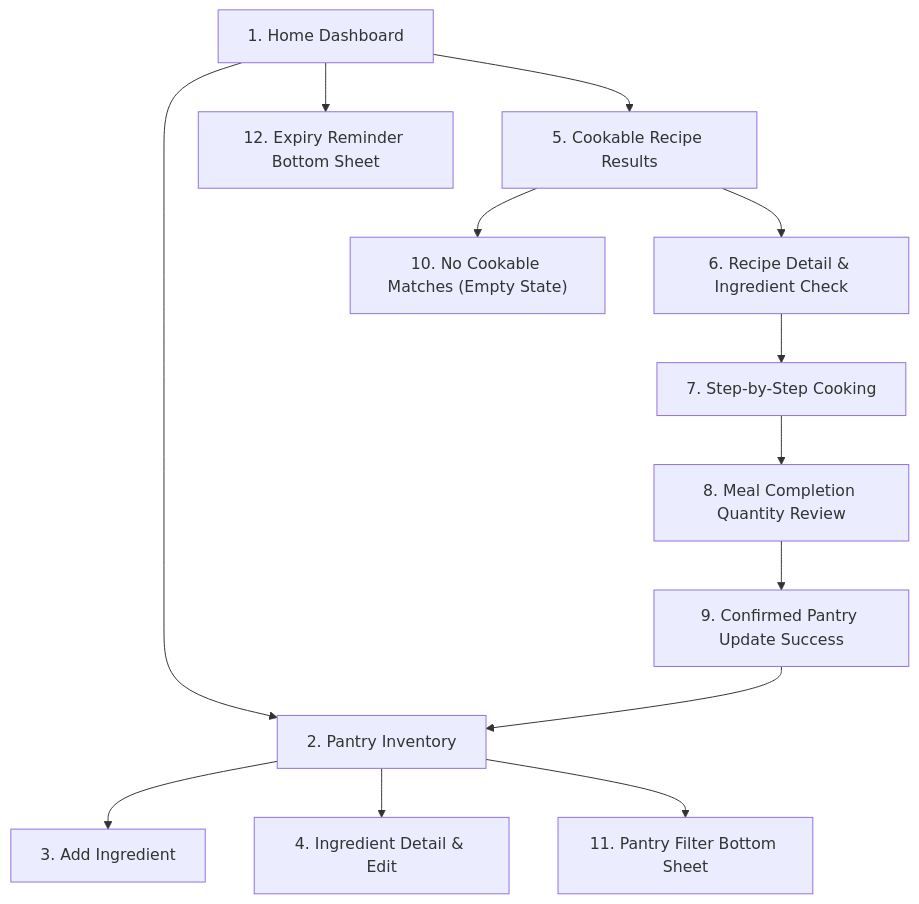
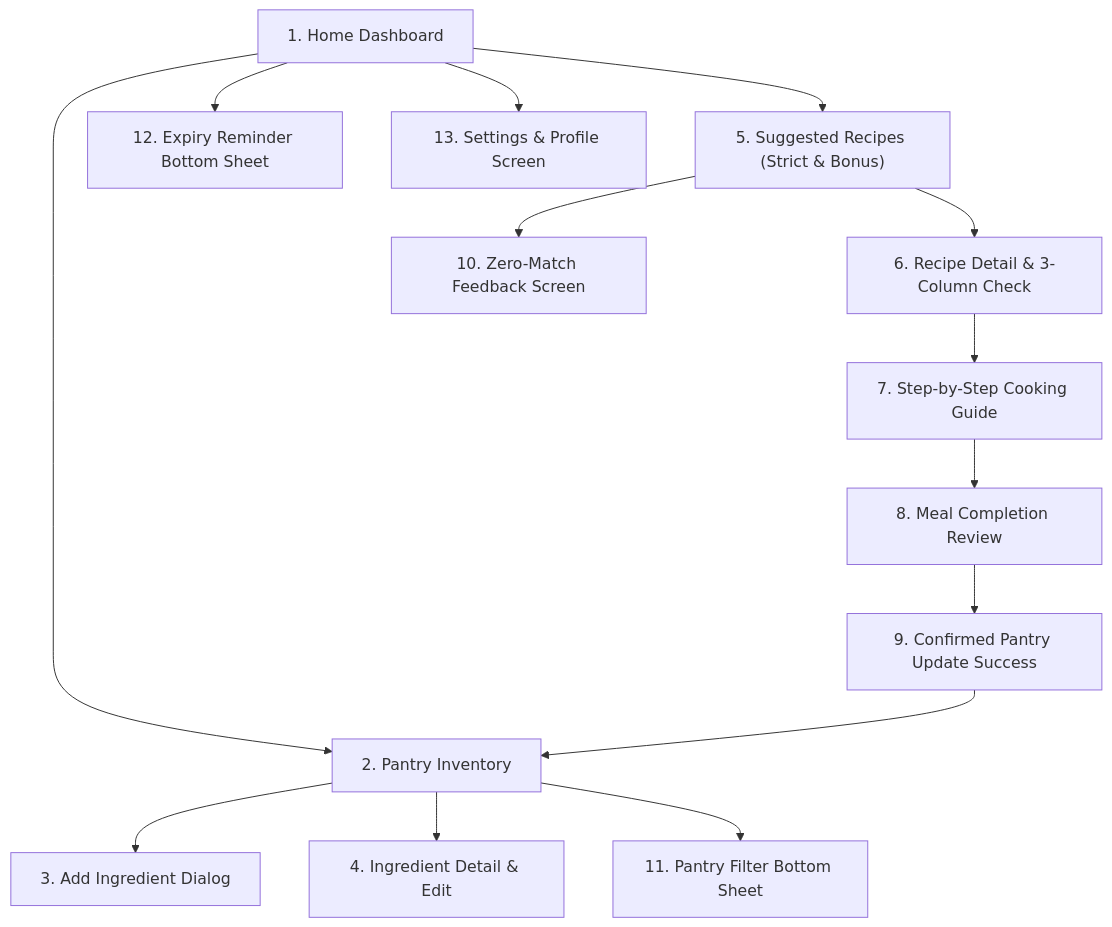
One commit to Who-is-Fyto/Pantry-Buddy changed the first of 3 diagrams in DESIGN.md. Above: the diagram before and after it, drawn with Mermaid. The commit also changed other lines of this file and 2 other files, not shown here.

Commit message:
docs: add technical design document, project README, and 15-phase roadmap

````diff
--- a/DESIGN.md
+++ b/DESIGN.md
@@ -68,18 +89,19 @@
 ```mermaid
 flowchart TD
     A["1. Home Dashboard"] --> B["2. Pantry Inventory"]
-    A --> E["5. Cookable Recipe Results"]
+    A --> E["5. Suggested Recipes (Strict & Bonus)"]
     A --> L["12. Expiry Reminder Bottom Sheet"]
+    A --> M["13. Settings & Profile Screen"]
 
-    B --> C["3. Add Ingredient"]
+    B --> C["3. Add Ingredient Dialog"]
     B --> D["4. Ingredient Detail & Edit"]
     B --> K["11. Pantry Filter Bottom Sheet"]
 
-    E --> F["6. Recipe Detail & Ingredient Check"]
-    E --> J["10. No Cookable Matches (Empty State)"]
+    E --> F["6. Recipe Detail & 3-Column Check"]
+    E --> J["10. Zero-Match Feedback Screen"]
 
-    F --> G["7. Step-by-Step Cooking"]
-    G --> H["8. Meal Completion Quantity Review"]
+    F --> G["7. Step-by-Step Cooking Guide"]
+    G --> H["8. Meal Completion Review"]
     H --> I["9. Confirmed Pantry Update Success"]
     I --> B
 ```
````
